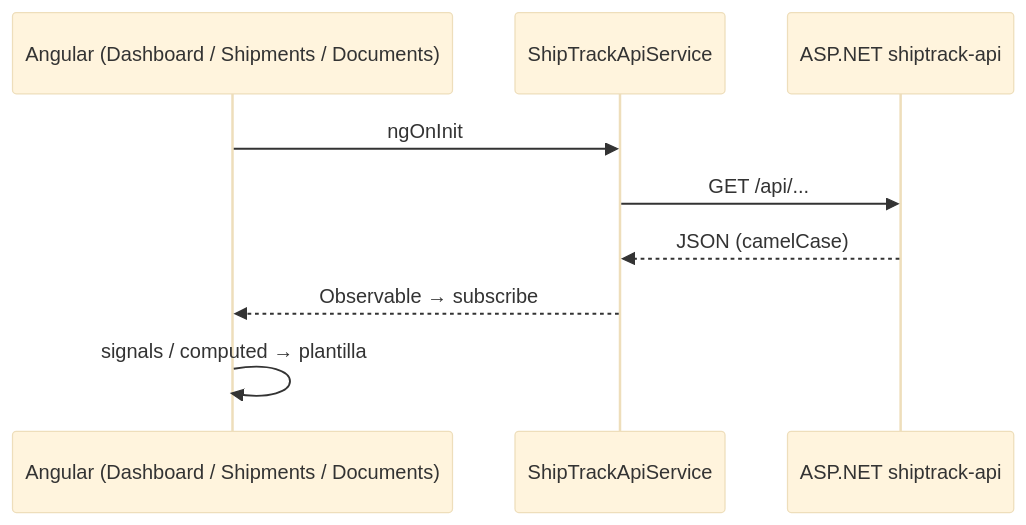
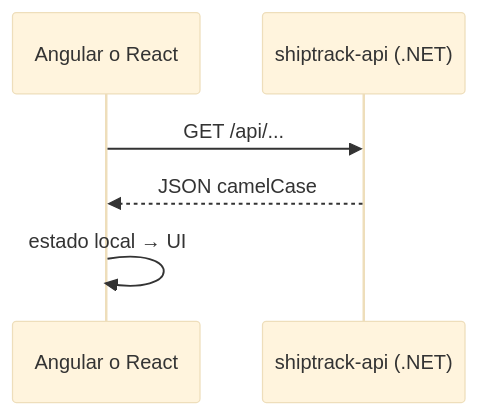
One commit to Migue716/DemoLogistic changed the diagram in IMPLEMENTACION.md. Above: the diagram before and after it, drawn with Mermaid (base theme). The commit also changed other lines of this file and 14 other files, not shown here.

````diff
--- a/IMPLEMENTACION.md
+++ b/IMPLEMENTACION.md
@@ -105,12 +82,9 @@
 ```mermaid
 sequenceDiagram
-  participant UI as Angular (Dashboard / Shipments / Documents)
-  participant Svc as ShipTrackApiService
-  participant API as ASP.NET shiptrack-api
+  participant UI as Angular o React
+  participant API as shiptrack-api (.NET)
 
-  UI->>Svc: ngOnInit
-  Svc->>API: GET /api/...
-  API-->>Svc: JSON (camelCase)
-  Svc-->>UI: Observable → subscribe
-  UI->>UI: signals / computed → plantilla
+  UI->>API: GET /api/...
+  API-->>UI: JSON camelCase
+  UI->>UI: estado local → UI
 ```
````
